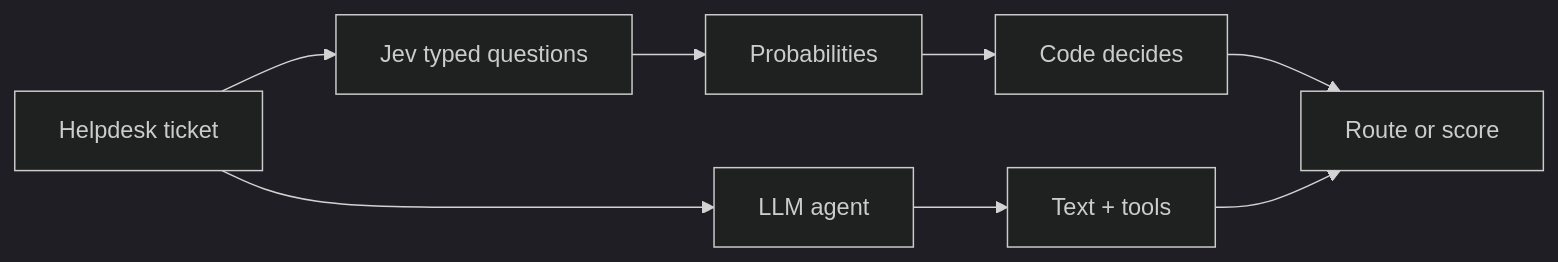
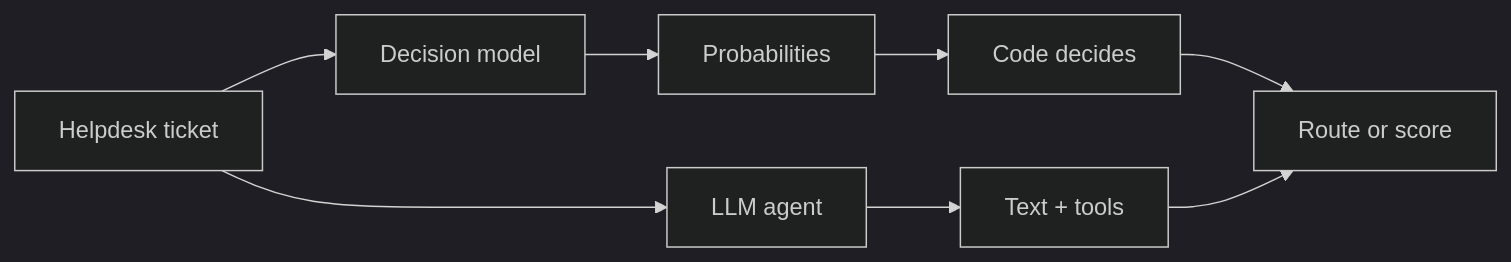
One commit to thisisartium/eval-workshop-ext changed the first of 4 diagrams in docs/why_decision_models.md. Above: the diagram before and after it, drawn with Mermaid (dark theme). The commit also changed other lines of this file and 19 other files, not shown here.

First line of the commit message:
Call decision models via LiteLLM and rename the Jev workshop path.

````diff
--- a/docs/why_decision_models.md
+++ b/docs/why_decision_models.md
@@ -21,11 +25,11 @@
 ```mermaid
 flowchart LR
   ticket[Helpdesk ticket]
   ticket --> llm[LLM agent]
-  ticket --> jev[Jev typed questions]
+  ticket --> dm[Decision model]
   llm --> story[Text + tools]
-  jev --> probs[Probabilities]
+  dm --> probs[Probabilities]
   probs --> code[Code decides]
   code --> action[Route or score]
   story --> action
 ```
````
